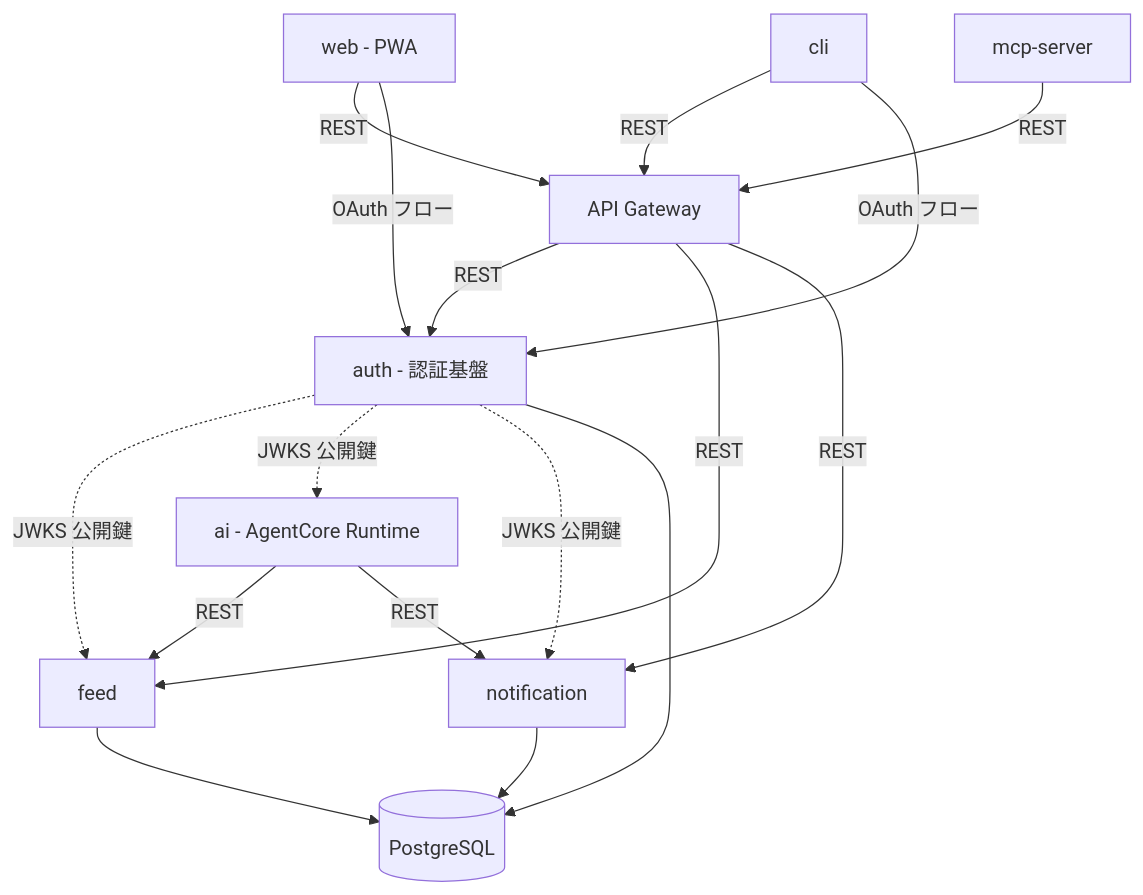
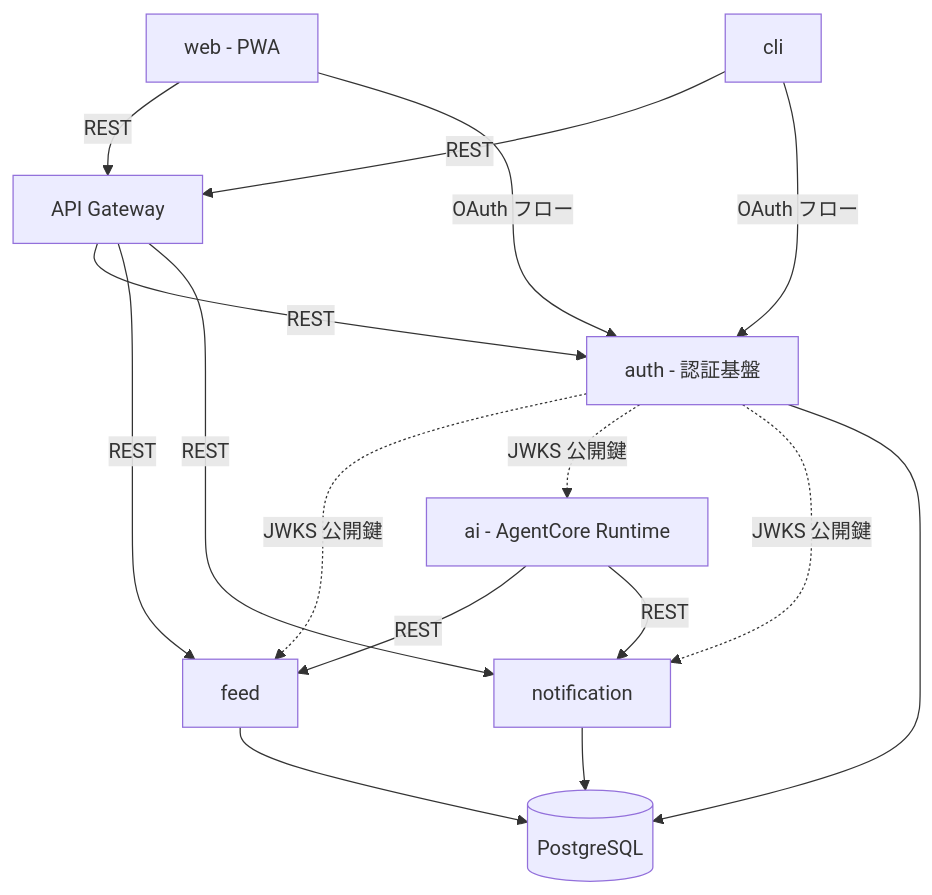
Before and after one commit to sori883/bookmark-rss-tyoukan: the first of 4 diagrams in docs/02.技術設計.md, drawn with Mermaid. The commit also changed other lines of this file and 21 other files, not shown here.

````diff
--- a/docs/02.技術設計.md
+++ b/docs/02.技術設計.md
@@ -12,24 +12,23 @@
 ```mermaid
 graph TD
     web[web - PWA] -->|REST| gw[API Gateway]
-    mcp[mcp-server] -->|REST| gw
     cli[cli] -->|REST| gw
 
     web -->|OAuth フロー| auth[auth - 認証基盤]
     cli -->|OAuth フロー| auth
 
     gw -->|REST| auth
     gw -->|REST| feed[feed]
     gw -->|REST| notification[notification]
 
     auth -.->|JWKS 公開鍵| feed
     auth -.->|JWKS 公開鍵| ai
     auth -.->|JWKS 公開鍵| notification
 
     ai[ai - AgentCore Runtime] -->|REST| feed
     ai -->|REST| notification
 
     auth --> db[(PostgreSQL)]
     feed --> db
     notification --> db
 ```
````
